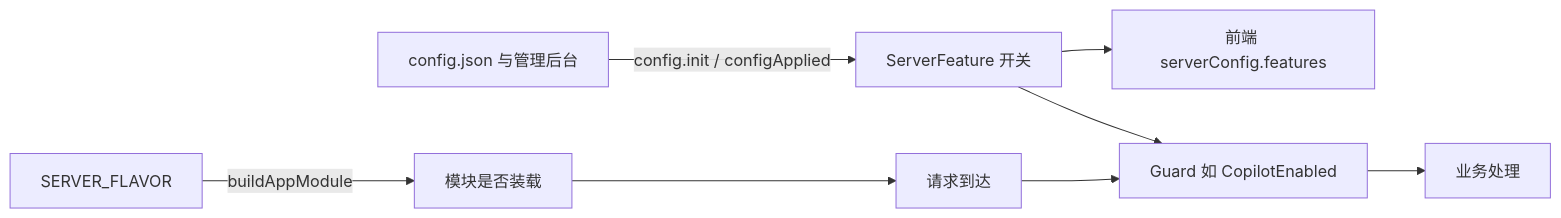
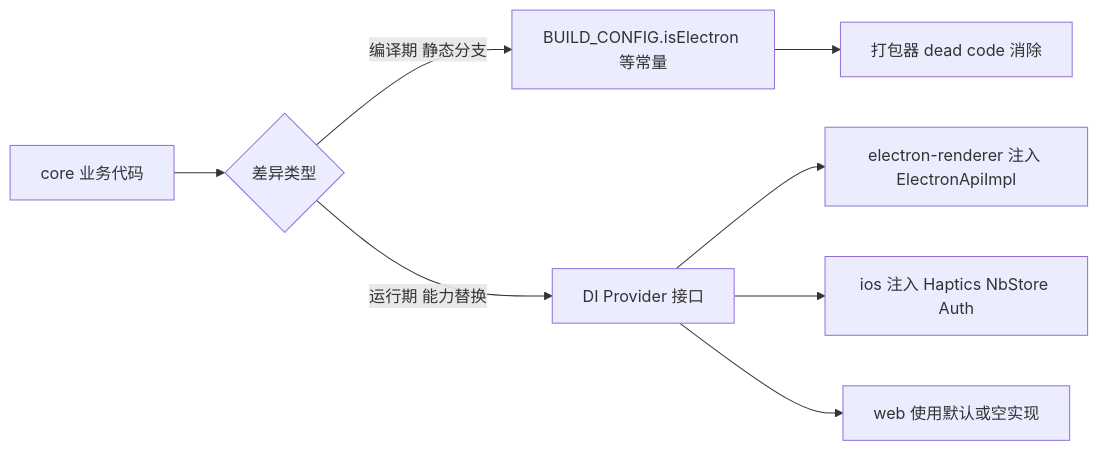
One commit to lfire/AFFiNE changed the first of 6 diagrams in learning-guide/slides/decks/24.md. Above: the diagram before and after it, drawn with Mermaid. The commit also changed other lines of this file and 73 other files, not shown here.

````diff
--- a/learning-guide/slides/decks/24.md
+++ b/learning-guide/slides/decks/24.md
@@ -75,9 +33,10 @@
 ```mermaid
 flowchart LR
-  A["SERVER_FLAVOR"] -->|"buildAppModule"| B["模块是否装载"]
-  C["config.json 与管理后台"] -->|"config.init / configApplied"| D["ServerFeature 开关"]
-  D --> E["前端 serverConfig.features"]
-  B --> F["请求到达"]
-  D --> G["Guard 如 CopilotEnabled"]
-  F --> G --> H["业务处理"]
+  A["core 业务代码"] --> B{"差异类型"}
+  B -->|"编译期 静态分支"| C["BUILD_CONFIG.isElectron 等常量"]
+  C --> C1["打包器 dead code 消除"]
+  B -->|"运行期 能力替换"| D["DI Provider 接口"]
+  D --> D1["electron-renderer 注入 ElectronApiImpl"]
+  D --> D2["ios 注入 Haptics NbStore Auth"]
+  D --> D3["web 使用默认或空实现"]
 ```
````
